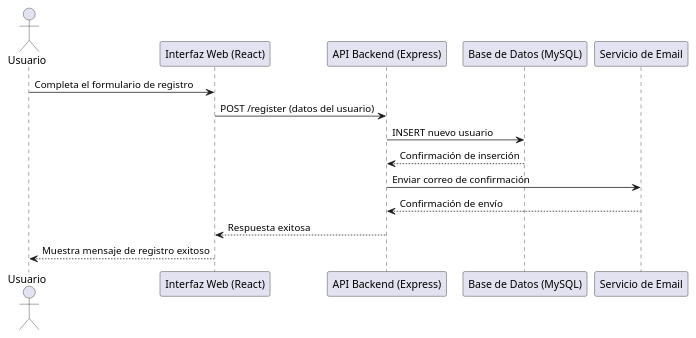
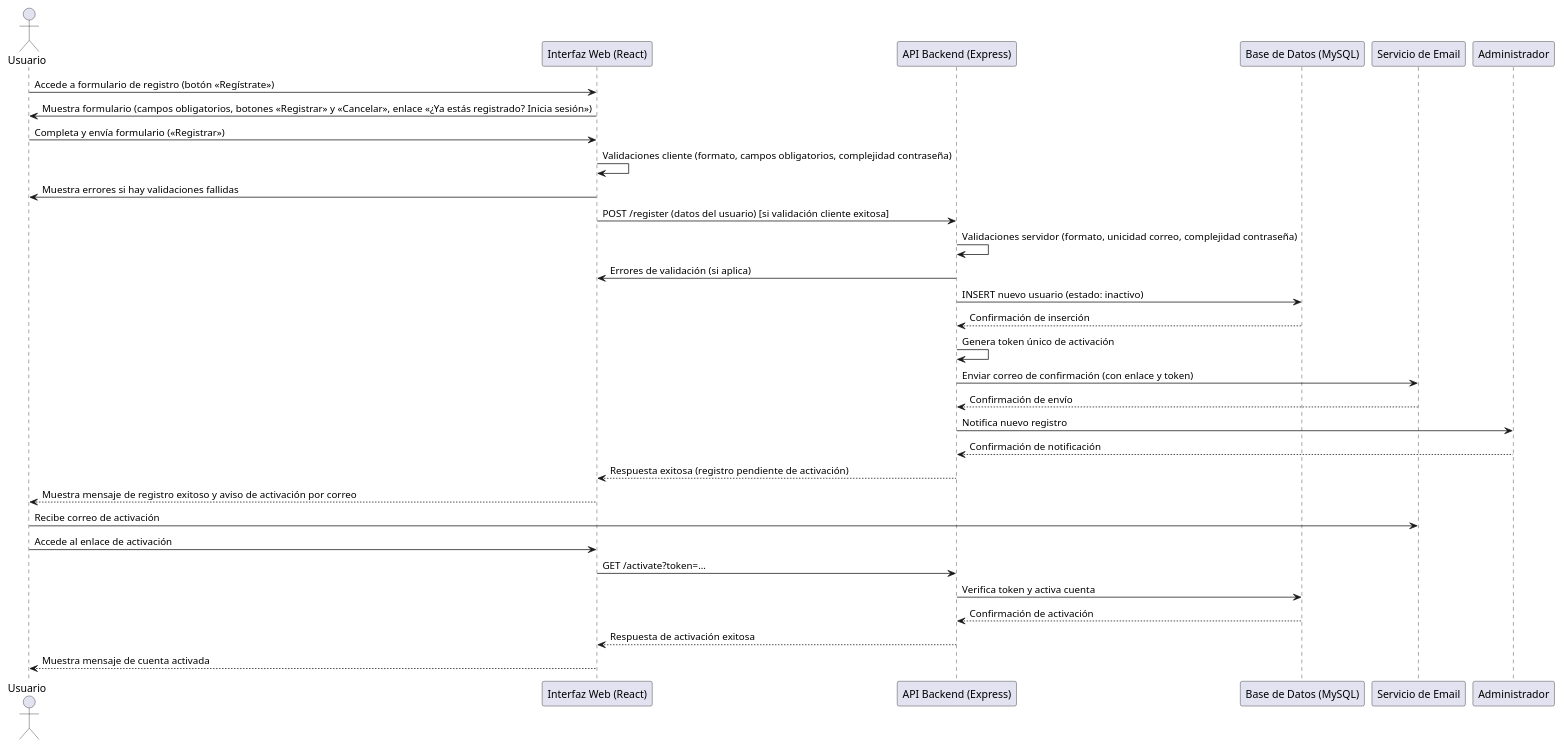
One commit to wilmereleon/PlenaStudio changed the diagram in Diagramas/PUML/diagSecuenciaRegistroUsu.puml. Above: the diagram before and after it, drawn with PlantUML. The commit also changed 13 other files, not shown here.

```diff
--- a/Diagramas/PUML/diagSecuenciaRegistroUsu.puml
+++ b/Diagramas/PUML/diagSecuenciaRegistroUsu.puml
@@ -1,16 +1,36 @@
 @startuml RegistroUsuario
+
 actor "Usuario" as U
 participant "Interfaz Web (React)" as FE
 participant "API Backend (Express)" as BE
 participant "Base de Datos (MySQL)" as DB
 participant "Servicio de Email" as Email
+participant "Administrador" as Admin
 
-U -> FE: Completa el formulario de registro
-FE -> BE: POST /register (datos del usuario)
-BE -> DB: INSERT nuevo usuario
+U -> FE: Accede a formulario de registro (botón «Regístrate»)
+FE -> U: Muestra formulario (campos obligatorios, botones «Registrar» y «Cancelar», enlace «¿Ya estás registrado? Inicia sesión»)
+U -> FE: Completa y envía formulario («Registrar»)
+FE -> FE: Validaciones cliente (formato, campos obligatorios, complejidad contraseña)
+FE -> U: Muestra errores si hay validaciones fallidas
+FE -> BE: POST /register (datos del usuario) [si validación cliente exitosa]
+BE -> BE: Validaciones servidor (formato, unicidad correo, complejidad contraseña)
+BE -> FE: Errores de validación (si aplica)
+BE -> DB: INSERT nuevo usuario (estado: inactivo)
 DB --> BE: Confirmación de inserción
-BE -> Email: Enviar correo de confirmación
+BE -> BE: Genera token único de activación
+BE -> Email: Enviar correo de confirmación (con enlace y token)
 Email --> BE: Confirmación de envío
-BE --> FE: Respuesta exitosa
-FE --> U: Muestra mensaje de registro exitoso
+BE -> Admin: Notifica nuevo registro
+Admin --> BE: Confirmación de notificación
+BE --> FE: Respuesta exitosa (registro pendiente de activación)
+FE --> U: Muestra mensaje de registro exitoso y aviso de activación por correo
+
+U -> Email: Recibe correo de activación
+U -> FE: Accede al enlace de activación
+FE -> BE: GET /activate?token=...
+BE -> DB: Verifica token y activa cuenta
+DB --> BE: Confirmación de activación
+BE --> FE: Respuesta de activación exitosa
+FE --> U: Muestra mensaje de cuenta activada
+
 @enduml
```
